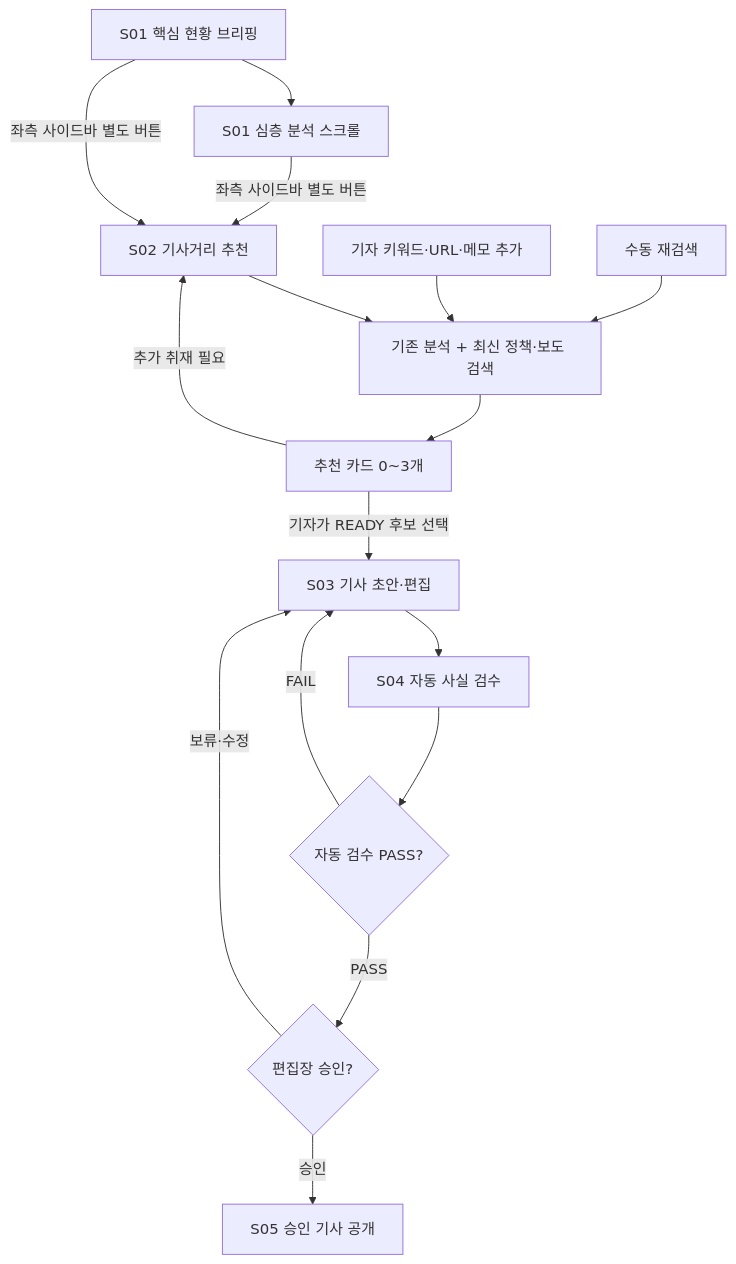
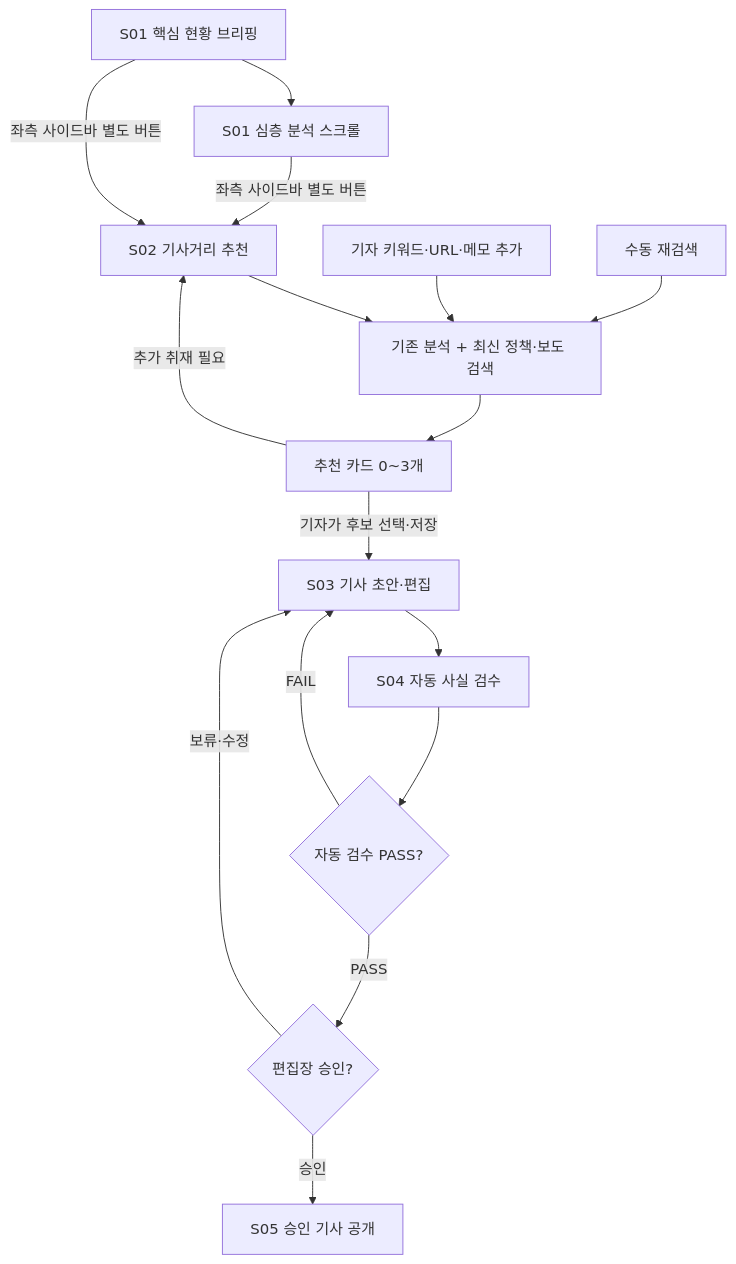
The second of 3 diagrams in README.md (csy04x2/elder-accident_newsroom), drawn with Mermaid before and after one commit. The commit also changed other lines of this file, not shown here.

````diff
--- a/README.md
+++ b/README.md
@@ -128,18 +128,18 @@
 ```mermaid
 flowchart TD
     A["S01 핵심 현황 브리핑"] --> B["S01 심층 분석 스크롤"]
     A -->|"좌측 사이드바 별도 버튼"| C["S02 기사거리 추천"]
     B -->|"좌측 사이드바 별도 버튼"| C
     C --> D["기존 분석 + 최신 정책·보도 검색"]
     E["기자 키워드·URL·메모 추가"] --> D
     F["수동 재검색"] --> D
     D --> G["추천 카드 0~3개"]
-    G -->|"기자가 READY 후보 선택"| H["S03 기사 초안·편집"]
+    G -->|"기자가 후보 선택·저장"| H["S03 기사 초안·편집"]
     G -->|"추가 취재 필요"| C
     H --> I["S04 자동 사실 검수"]
     I --> J{"자동 검수 PASS?"}
     J -->|"FAIL"| H
     J -->|"PASS"| K{"편집장 승인?"}
     K -->|"보류·수정"| H
     K -->|"승인"| L["S05 승인 기사 공개"]
 ```
````
